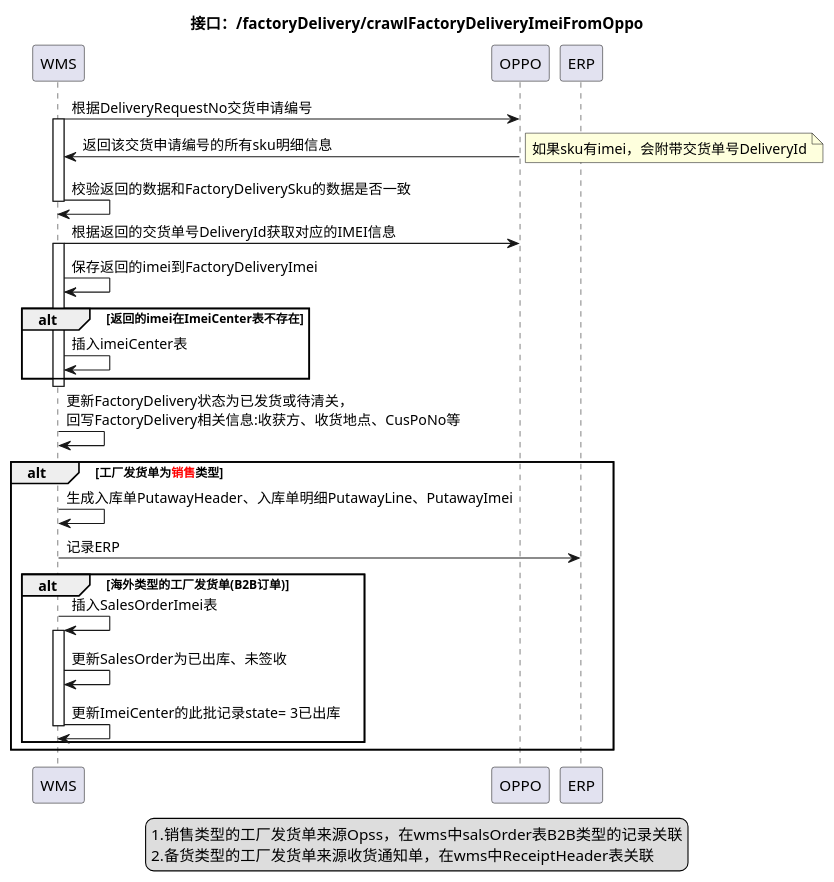
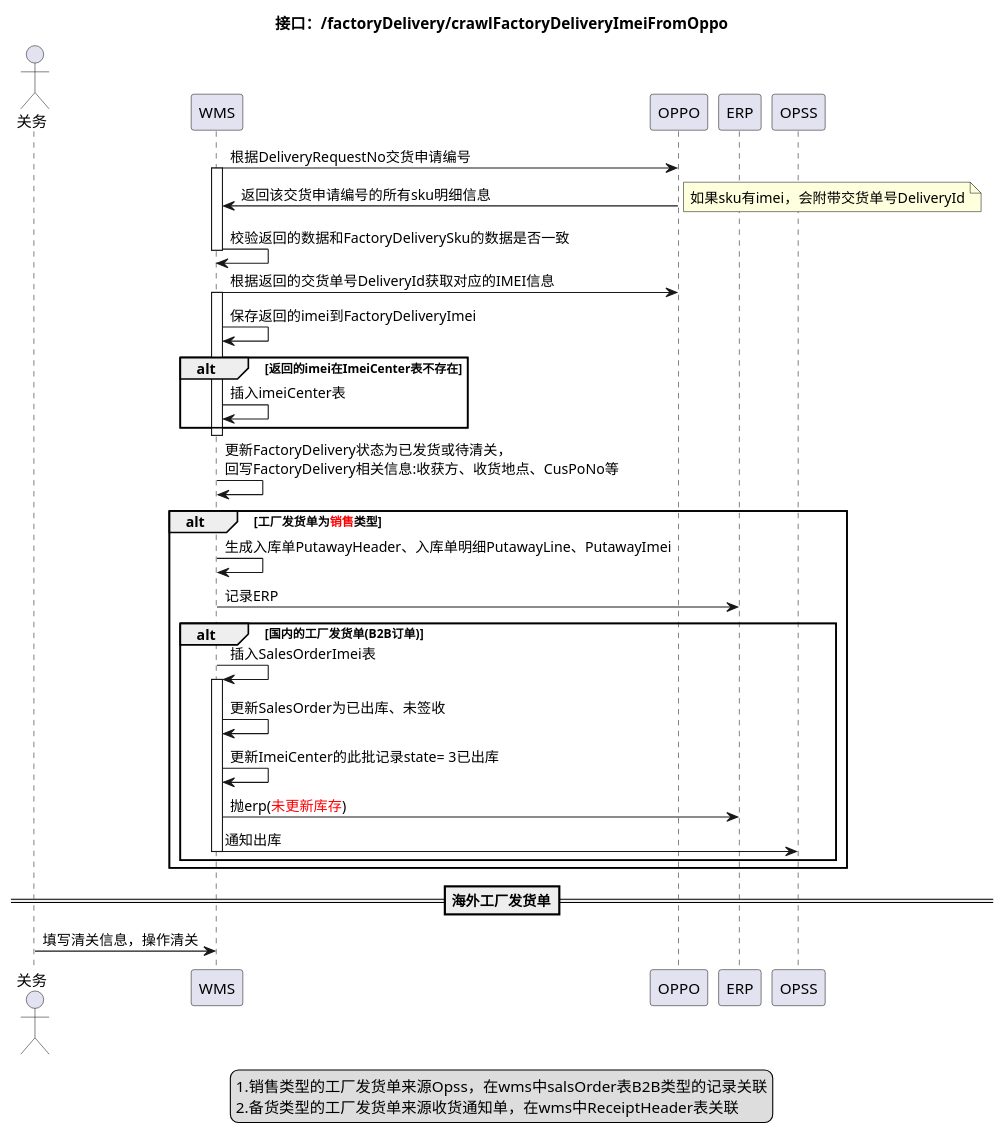
The diagram in uml/wms/factoryDelivery/factoryDelivery-seq.puml (newbigTech/myDesignPattern), drawn with PlantUML before and after one commit.

Commit message:
uml图

```diff
--- a/uml/wms/factoryDelivery/factoryDelivery-seq.puml
+++ b/uml/wms/factoryDelivery/factoryDelivery-seq.puml
@@ -1,43 +1,48 @@
 @startuml
 
 title 接口：/factoryDelivery/crawlFactoryDeliveryImeiFromOppo
+
+actor 关务 as somebody
 
 WMS -> OPPO:根据DeliveryRequestNo交货申请编号
 activate WMS
 OPPO -> WMS:返回该交货申请编号的所有sku明细信息
 note right
 如果sku有imei，会附带交货单号DeliveryId
 end note
 WMS -> WMS:校验返回的数据和FactoryDeliverySku的数据是否一致
 
 deactivate WMS
 
 
 WMS -> OPPO:根据返回的交货单号DeliveryId获取对应的IMEI信息
 activate WMS
 WMS -> WMS:保存返回的imei到FactoryDeliveryImei
 alt 返回的imei在ImeiCenter表不存在
 WMS->WMS:插入imeiCenter表
 end
 deactivate WMS
 
 WMS -> WMS:更新FactoryDelivery状态为已发货或待清关，\n回写FactoryDelivery相关信息:收获方、收货地点、CusPoNo等
 
 alt 工厂发货单为<font color=red>销售</font>类型
    WMS -> WMS:生成入库单PutawayHeader、入库单明细PutawayLine、PutawayImei
    WMS -> ERP:记录ERP
-   alt 海外类型的工厂发货单(B2B订单)
+   alt 国内的工厂发货单(B2B订单)
         WMS -> WMS:插入SalesOrderImei表
         activate WMS
         WMS -> WMS:更新SalesOrder为已出库、未签收
         WMS -> WMS:更新ImeiCenter的此批记录state= 3已出库
+        WMS -> ERP:抛erp(<font color=red>未更新库存</font>)
+        WMS -> OPSS:通知出库
         deactivate WMS
    end
 end
-
+==海外工厂发货单==
+somebody -> WMS:填写清关信息，操作清关
 
 legend center
 1.销售类型的工厂发货单来源Opss，在wms中salsOrder表B2B类型的记录关联
 2.备货类型的工厂发货单来源收货通知单，在wms中ReceiptHeader表关联
 end legend
 @enduml
```
